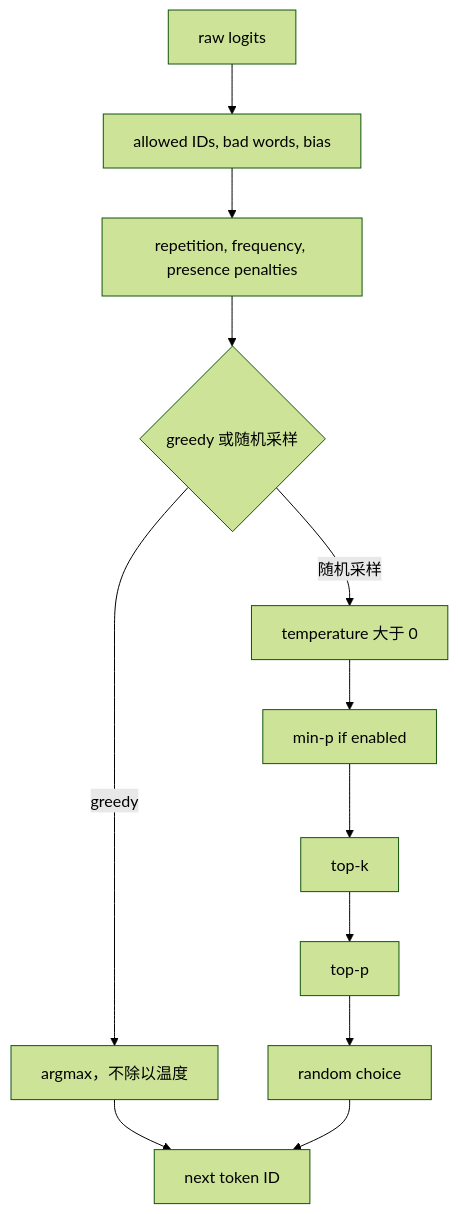
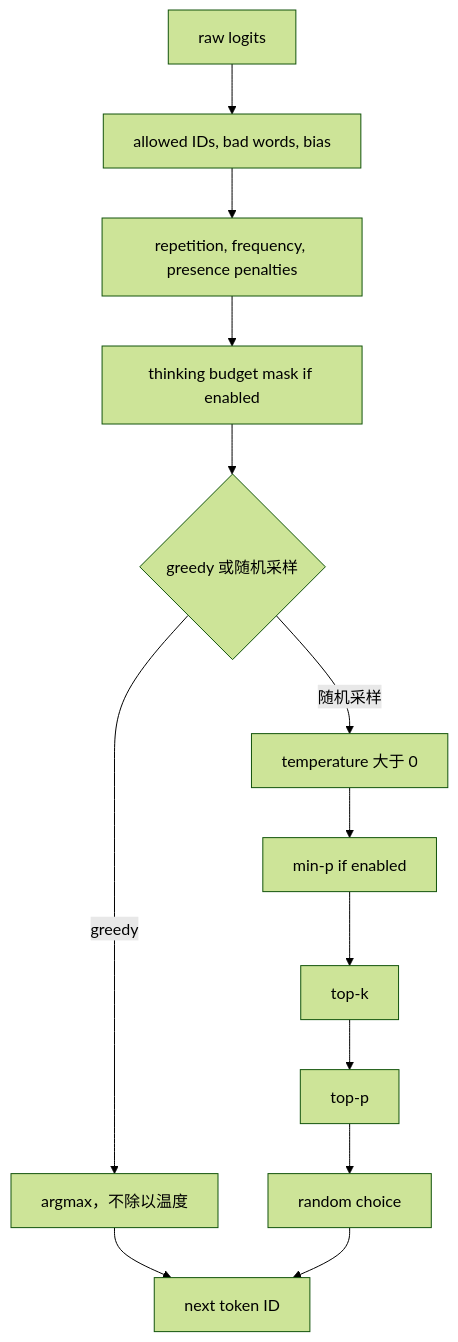
Before and after one commit to cluster1900/vllm_reader: the sixth of 11 diagrams in book/01-transformer-inference/README.md, drawn with Mermaid (forest theme). The commit also changed other lines of this file and 19 other files, not shown here.

````diff
--- a/book/01-transformer-inference/README.md
+++ b/book/01-transformer-inference/README.md
@@ -591,14 +591,15 @@
 ```mermaid
 flowchart TD
     Raw[raw logits] --> Rules[allowed IDs, bad words, bias]
     Rules --> Penalty[repetition, frequency, presence penalties]
-    Penalty --> Mode{greedy 或随机采样}
+    Penalty --> Thinking[thinking budget mask if enabled]
+    Thinking --> Mode{greedy 或随机采样}
     Mode -->|greedy| Greedy[argmax，不除以温度]
     Greedy --> Token
     Mode -->|随机采样| Temp[temperature 大于 0]
     Temp --> MinP[min-p if enabled]
     MinP --> TopK[top-k]
     TopK --> TopP[top-p]
     TopP --> Choose[random choice]
     Choose --> Token[next token ID]
 ```
````
